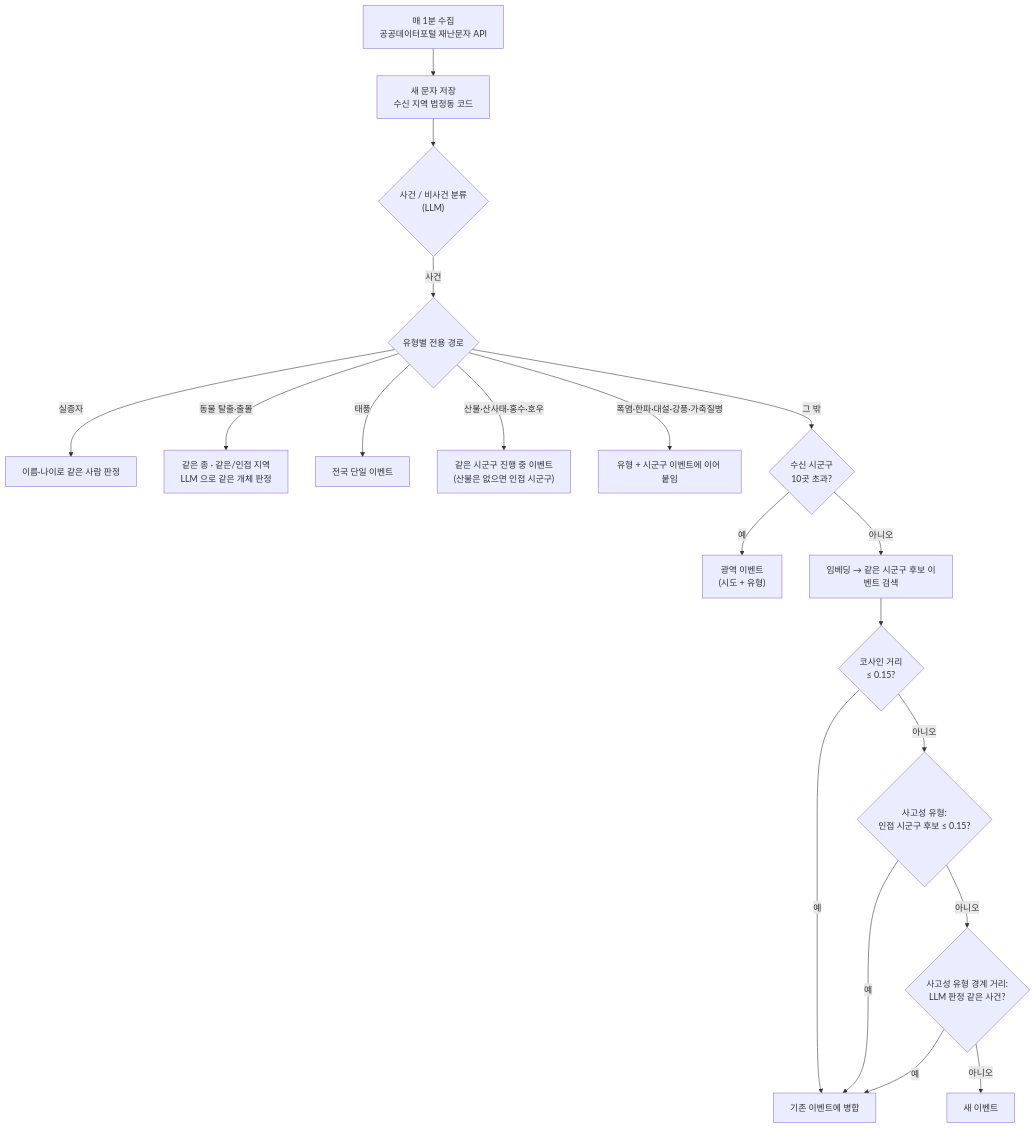
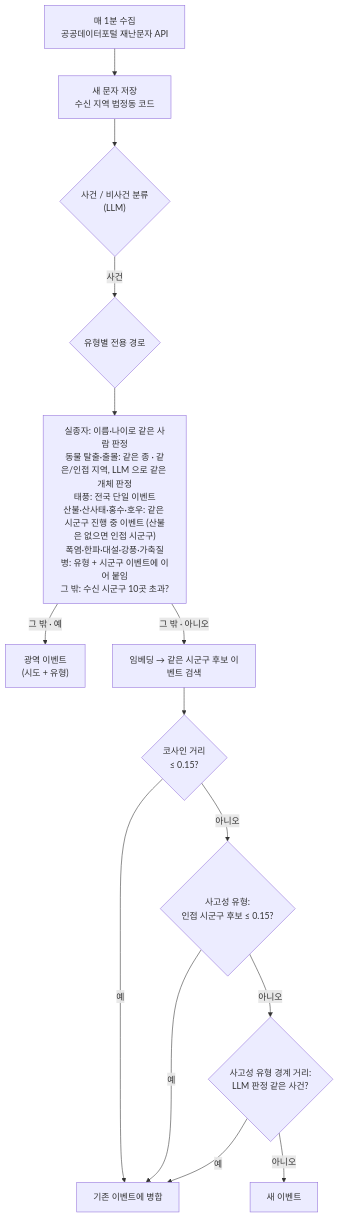
One commit to lshlsh3690/disaster-alert-archive changed the first of 2 diagrams in README.md. Above: the diagram before and after it, drawn with Mermaid.

Commit message:
docs: README 수집·클러스터링 그림의 유형별 경로를 한 칸으로 합친다
유형별 전용 경로 6갈래(실종자·동물·태풍·지역 한정 유형·지속형·그 밖의 시군구 10곳 판정)를
한 칸에 모아 들어오는 화살표를 하나로 줄였다. 그 칸에서 "그 밖" 유형만 광역 이벤트 또는
임베딩 후보 검색으로 이어진다.

````diff
--- a/README.md
+++ b/README.md
@@ -47,23 +47,18 @@
 ```mermaid
 flowchart TD
     A["매 1분 수집<br/>공공데이터포털 재난문자 API"] --> B["새 문자 저장<br/>수신 지역 법정동 코드"]
     B --> K{"사건 / 비사건 분류<br/>(LLM)"}
     K -- "사건" --> P{"유형별 전용 경로"}
 
-    P -- "실종자" --> P1["이름·나이로 같은 사람 판정"]
-    P -- "동물 탈출·출몰" --> P2["같은 종 · 같은/인접 지역<br/>LLM 으로 같은 개체 판정"]
-    P -- "태풍" --> P3["전국 단일 이벤트"]
-    P -- "산불·산사태·홍수·호우" --> P4["같은 시군구 진행 중 이벤트<br/>(산불은 없으면 인접 시군구)"]
-    P -- "폭염·한파·대설·강풍·가축질병" --> P5["유형 + 시군구 이벤트에 이어 붙임"]
-    P -- "그 밖" --> S{"수신 시군구<br/>10곳 초과?"}
+    P --> S["실종자: 이름·나이로 같은 사람 판정<br/>동물 탈출·출몰: 같은 종 · 같은/인접 지역, LLM 으로 같은 개체 판정<br/>태풍: 전국 단일 이벤트<br/>산불·산사태·홍수·호우: 같은 시군구 진행 중 이벤트 (산불은 없으면 인접 시군구)<br/>폭염·한파·대설·강풍·가축질병: 유형 + 시군구 이벤트에 이어 붙임<br/>그 밖: 수신 시군구 10곳 초과?"]
 
-    S -- "예" --> BR["광역 이벤트<br/>(시도 + 유형)"]
-    S -- "아니오" --> E["임베딩 → 같은 시군구 후보 이벤트 검색"]
+    S -- "그 밖 · 예" --> BR["광역 이벤트<br/>(시도 + 유형)"]
+    S -- "그 밖 · 아니오" --> E["임베딩 → 같은 시군구 후보 이벤트 검색"]
     E --> E1{"코사인 거리<br/>≤ 0.15?"}
     E1 -- "예" --> M["기존 이벤트에 병합"]
     E1 -- "아니오" --> E2{"사고성 유형:<br/>인접 시군구 후보 ≤ 0.15?"}
     E2 -- "예" --> M
     E2 -- "아니오" --> E3{"사고성 유형 경계 거리:<br/>LLM 판정 같은 사건?"}
     E3 -- "예" --> M
     E3 -- "아니오" --> N["새 이벤트"]
 ```
````
